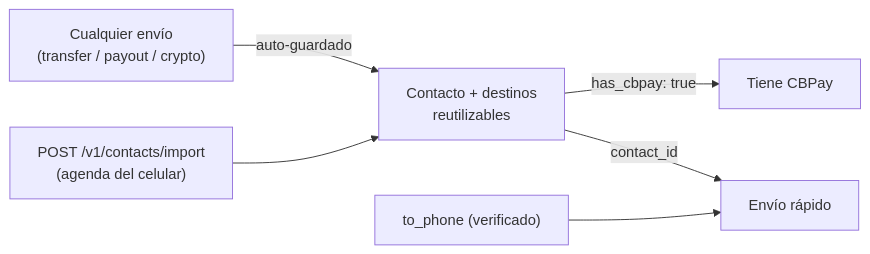
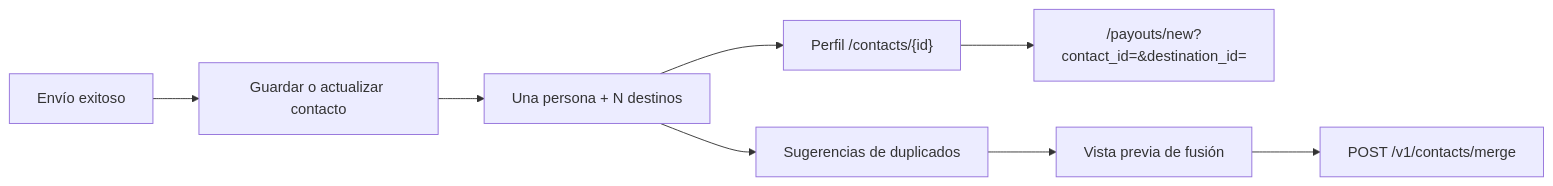
One commit to CBpayapp/cbpay-docs changed the diagram in es/guides/contacts.mdx. Above: the diagram before and after it, drawn with Mermaid. The commit also changed other lines of this file and 25 other files, not shown here.

First line of the commit message:
docs(cbpay): publish unified contacts guide

````diff
--- a/es/guides/contacts.mdx
+++ b/es/guides/contacts.mdx
@@ -17,8 +13,10 @@
 ```mermaid
 flowchart LR
-    envio["Cualquier envío<br/>(transfer / payout / crypto)"] -->|"auto-guardado"| contacto["Contacto + destinos<br/>reutilizables"]
-    agenda["POST /v1/contacts/import<br/>(agenda del celular)"] --> contacto
-    contacto -->|"has_cbpay: true"| cbpay["Tiene CBPay"]
-    contacto -->|"contact_id"| envio2["Envío rápido"]
-    fono["to_phone (verificado)"] --> envio2
+  send["Envío exitoso"] --> save["Guardar o actualizar contacto"]
+  save --> book["Una persona + N destinos"]
+  book --> profile["Perfil /contacts/{id}"]
+  profile --> payout["/payouts/new?contact_id=&destination_id="]
+  book --> dup["Sugerencias de duplicados"]
+  dup --> preview["Vista previa de fusión"]
+  preview --> merge["POST /v1/contacts/merge"]
 ```
````
